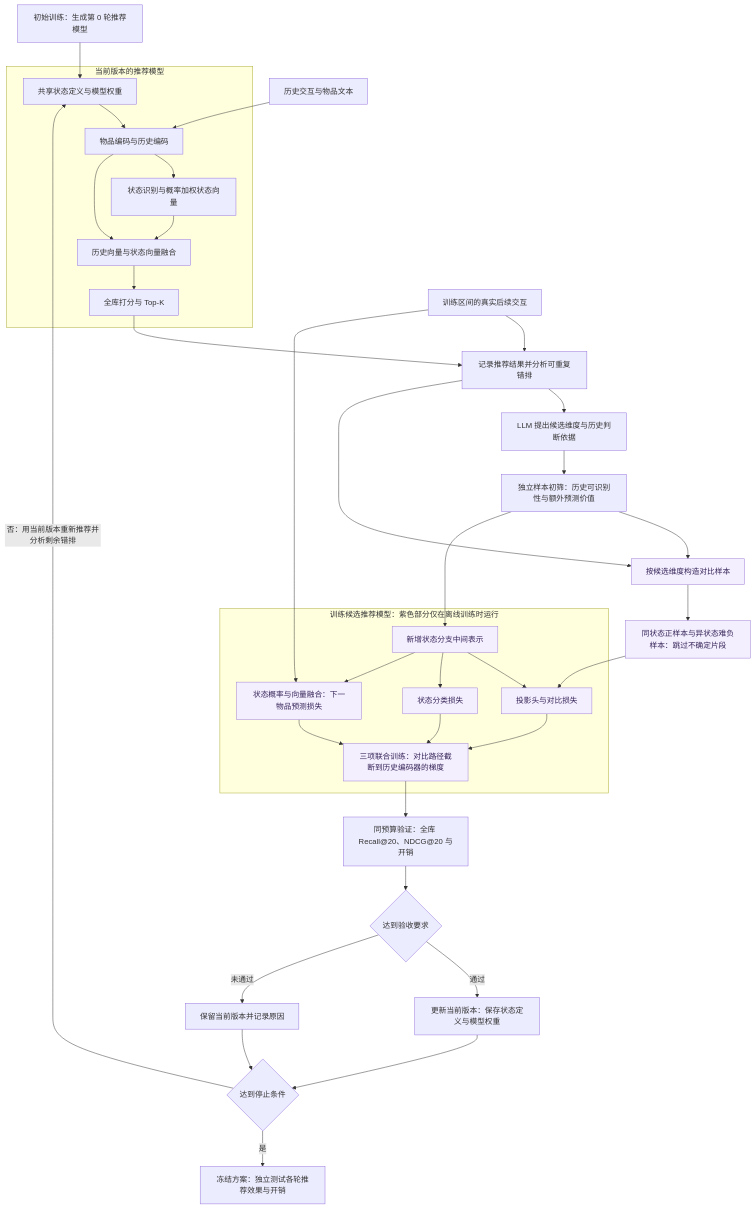
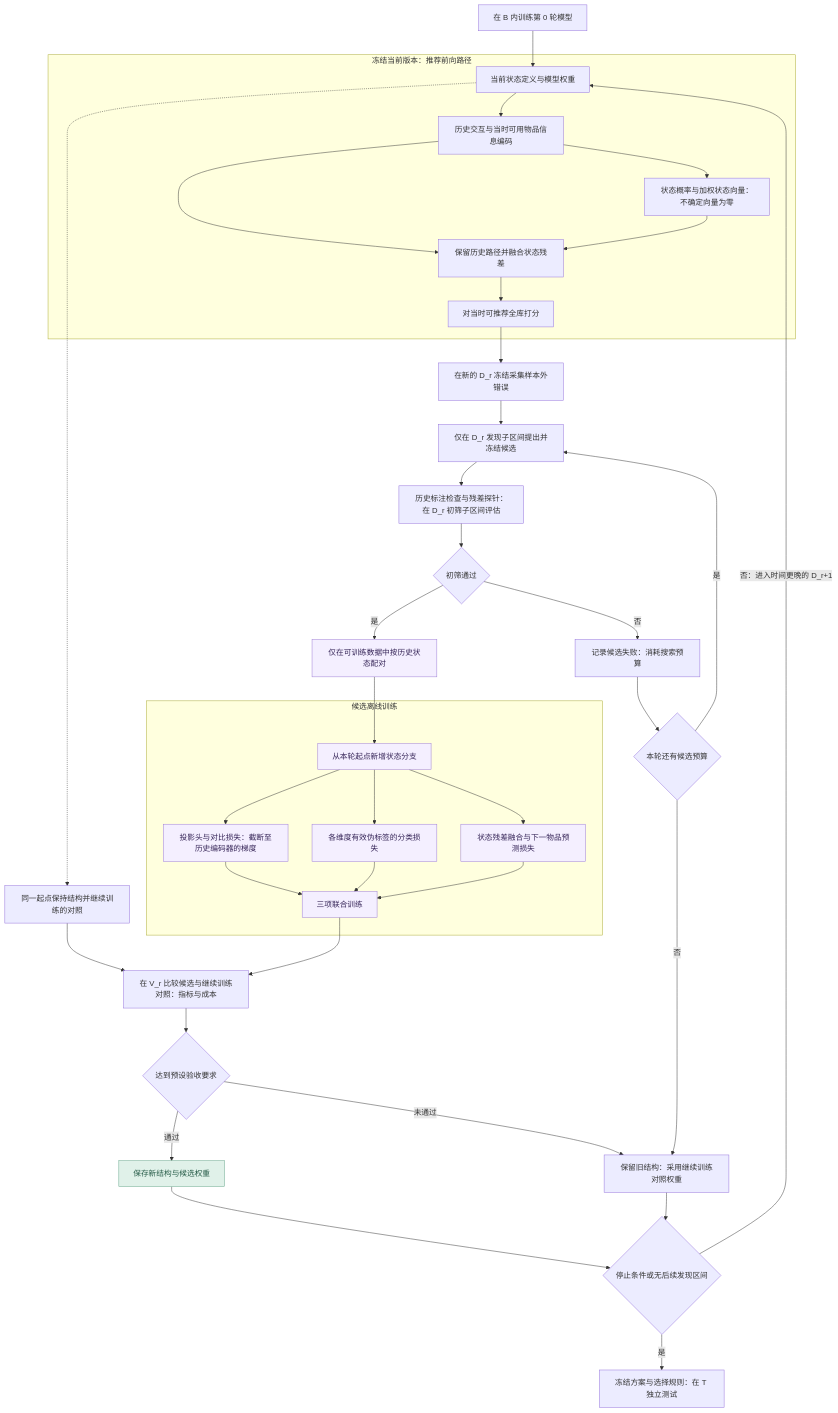
Before and after one commit to bjy20777-dev/LLM-recommendation: the diagram in README.md, drawn with Mermaid. The commit also changed other lines of this file, not shown here.

````diff
--- a/README.md
+++ b/README.md
@@ -244,40 +294,43 @@
 ```mermaid
 flowchart TB
-    B[初始训练：生成第 0 轮推荐模型] --> M
-    I[历史交互与物品文本] --> H
-    subgraph REC[当前版本的推荐模型]
-        M[共享状态定义与模型权重] --> H[物品编码与历史编码]
-        H --> S[状态识别与概率加权状态向量]
-        S --> F[历史向量与状态向量融合]
-        H --> F
-        F --> R[全库打分与 Top-K]
+    B[在 B 内训练第 0 轮模型] --> M
+    subgraph REC[冻结当前版本：推荐前向路径]
+        M[当前状态定义与模型权重] --> H[历史交互与当时可用物品信息编码]
+        H --> S[状态概率与加权状态向量：不确定向量为零]
+        H --> F[保留历史路径并融合状态残差]
+        S --> F
+        F --> R[对当时可推荐全库打分]
     end
-    R --> E[记录推荐结果并分析可重复错排]
-    Y[训练区间的真实后续交互] --> E
-    E --> Q[LLM 提出候选维度与历史判断依据]
-    Q --> V[独立样本初筛：历史可识别性与额外预测价值]
-    E --> P[按候选维度构造对比样本]
-    V --> P
-    P --> PA[同状态正样本与异状态难负样本：跳过不确定片段]
-    V --> C
-    subgraph TRAIN[训练候选推荐模型：紫色部分仅在离线训练时运行]
-        C[新增状态分支中间表示] --> CL[投影头与对比损失]
-        C --> SC[状态分类损失]
-        C --> RP[状态概率与向量融合：下一物品预测损失]
-        CL --> J[三项联合训练：对比路径截断到历史编码器的梯度]
+    R --> E[在新的 D_r 冻结采集样本外错误]
+    E --> Q[仅在 D_r 发现子区间提出并冻结候选]
+    Q --> V[历史标注检查与残差探针：在 D_r 初筛子区间评估]
+    V --> VF{初筛通过}
+    VF -->|否| FAIL[记录候选失败：消耗搜索预算]
+    VF -->|是| P[仅在可训练数据中按历史状态配对]
+    P --> C
+    subgraph TRAIN[候选离线训练]
+        C[从本轮起点新增状态分支] --> CL[投影头与对比损失：截断至历史编码器的梯度]
+        C --> SC[各维度有效伪标签的分类损失]
+        C --> RP[状态残差融合与下一物品预测损失]
+        CL --> J[三项联合训练]
         SC --> J
         RP --> J
     end
-    PA --> CL
-    Y --> RP
-    J --> A[同预算验证：全库 Recall@20、NDCG@20 与开销]
-    A --> G{达到验收要求}
-    G -->|通过| N[更新当前版本：保存状态定义与模型权重]
-    G -->|未通过| O[保留当前版本并记录原因]
-    N --> T{达到停止条件}
+    M -.-> BASE[同一起点保持结构并继续训练的对照]
+    BASE --> A[在 V_r 比较候选与继续训练对照：指标与成本]
+    J --> A
+    A --> G{达到预设验收要求}
+    G -->|通过| N[保存新结构与候选权重]
+    G -->|未通过| O[保留旧结构：采用继续训练对照权重]
+    FAIL --> SEARCH{本轮还有候选预算}
+    SEARCH -->|是| Q
+    SEARCH -->|否| O
+    N --> T{停止条件或无后续发现区间}
     O --> T
-    T -->|否：用当前版本重新推荐并分析剩余错排| M
-    T -->|是| X[冻结方案：独立测试各轮推荐效果与开销]
+    T -->|否：进入时间更晚的 D_r+1| M
+    T -->|是| X[冻结方案与选择规则：在 T 独立测试]
     classDef offline fill:#f4efff,stroke:#9b7bd4,color:#352457;
-    class P,PA,C,CL,SC,RP,J offline;
+    class P,C,CL,SC,RP,J offline;
+    classDef accepted fill:#e0f1e9,stroke:#64a58a,color:#245a46;
+    class N accepted;
 ```
````
